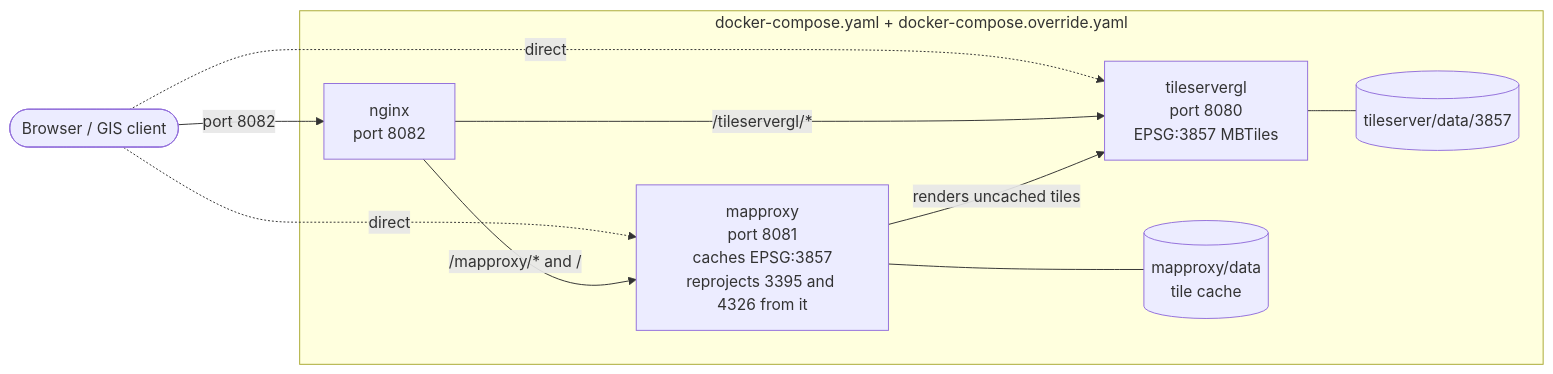
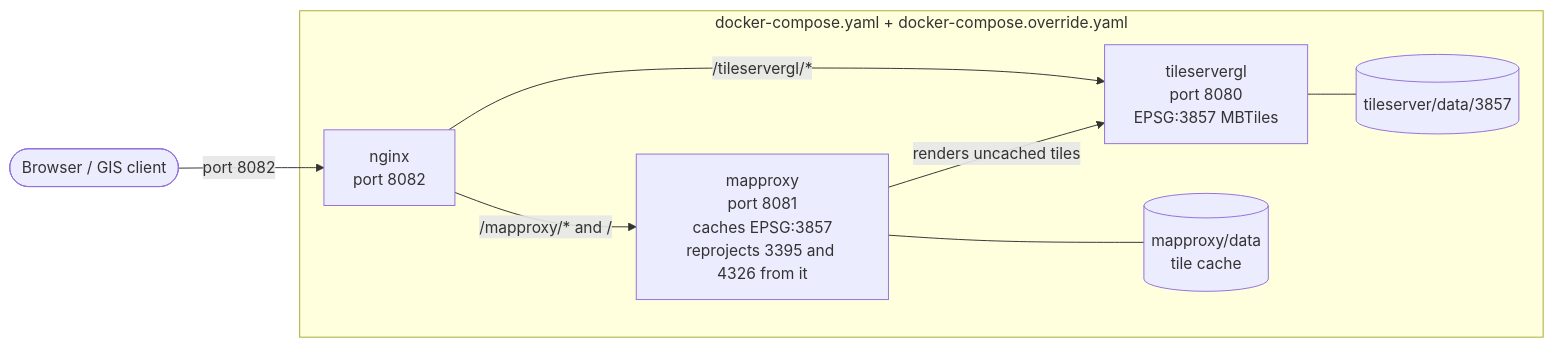
The first of 4 diagrams in README.md (ReleasableBasemapTiles/rbt-local), drawn with Mermaid before and after one commit.

Commit message:
Update client connections in README
Removed direct client connections to mapproxy and tileservergl.

````diff
--- a/README.md
+++ b/README.md
@@ -66,21 +66,19 @@
 ```mermaid
 flowchart LR
   client(["Browser / GIS client"])
 
   subgraph stack["docker-compose.yaml + docker-compose.override.yaml"]
     nginx["nginx<br/>port 8082"]
     mapproxy["mapproxy<br/>port 8081<br/>caches EPSG:3857<br/>reprojects 3395 and 4326 from it"]
     tileservergl["tileservergl<br/>port 8080<br/>EPSG:3857 MBTiles"]
     tilecache[("mapproxy/data<br/>tile cache")]
     mbtiles[("tileserver/data/3857")]
   end
 
   client -->|"port 8082"| nginx
-  client -.->|"direct"| mapproxy
-  client -.->|"direct"| tileservergl
   nginx -->|"/mapproxy/* and /"| mapproxy
   nginx -->|"/tileservergl/*"| tileservergl
   mapproxy -->|"renders uncached tiles"| tileservergl
   mapproxy --- tilecache
   tileservergl --- mbtiles
 ```
````
